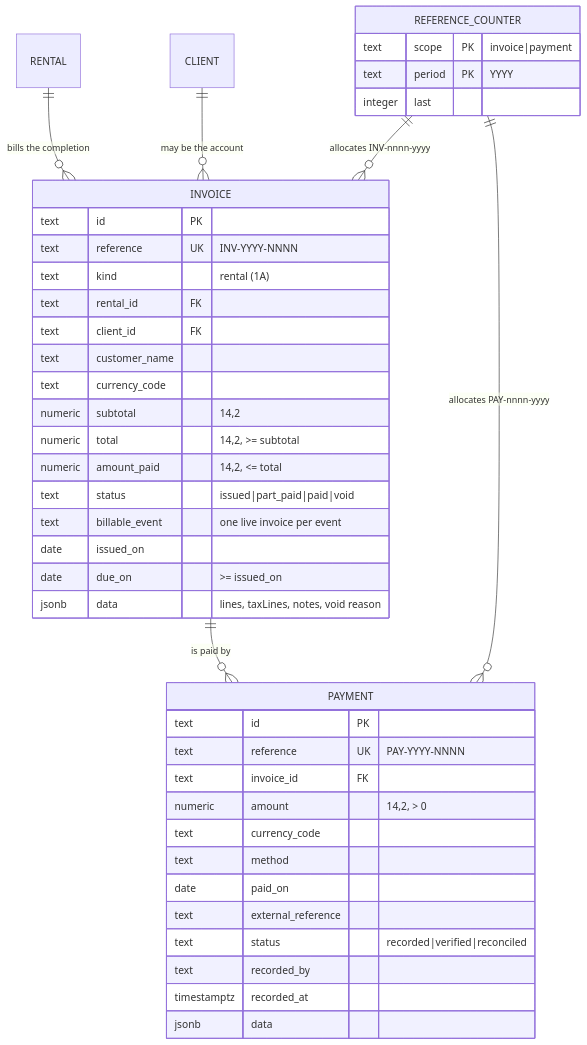
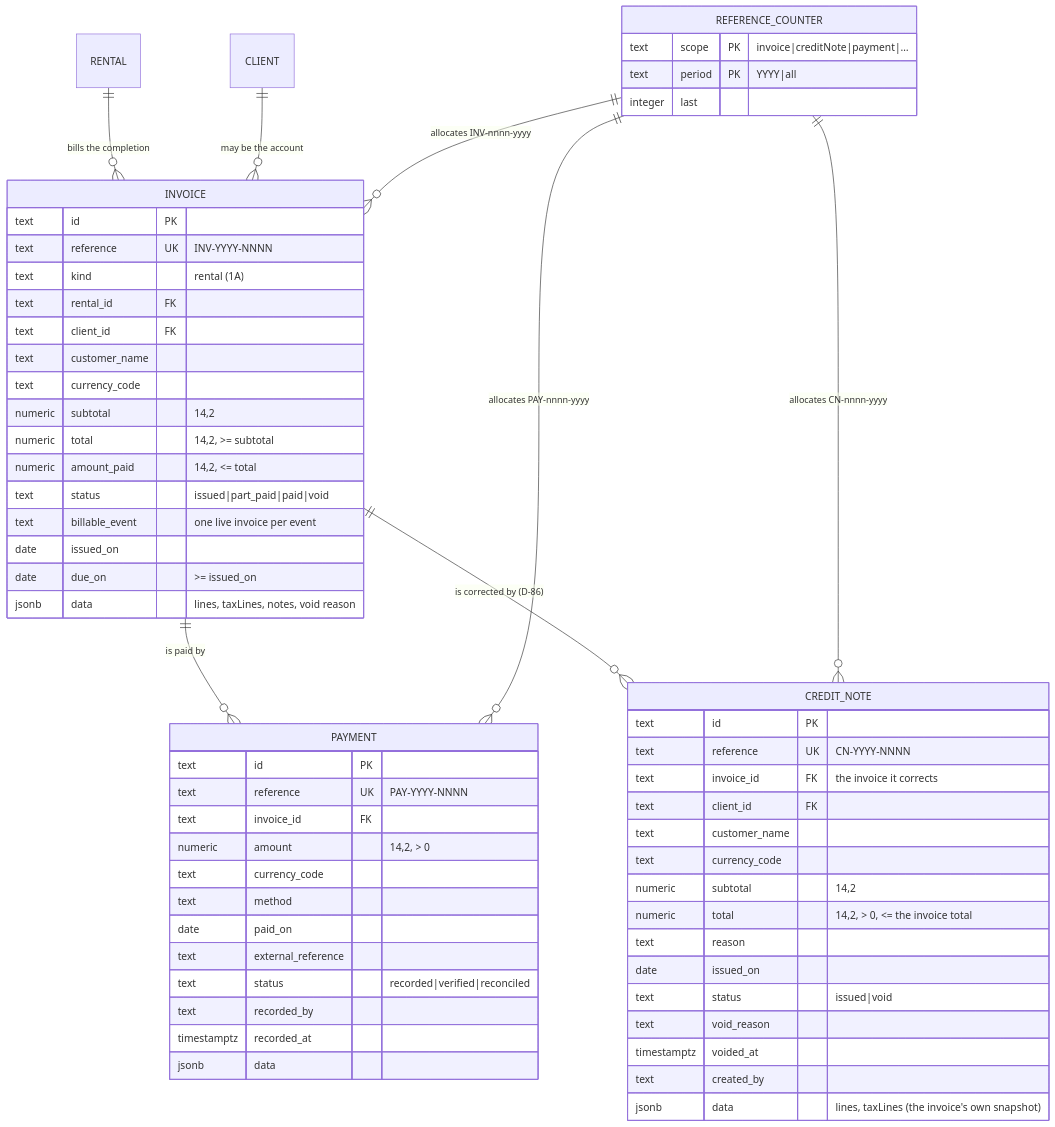
Before and after one commit to iwani1/Richie-RTS-: the fifth of 5 diagrams in docs/ERD.md, drawn with Mermaid. The commit also changed other lines of this file and 35 other files, not shown here.

````diff
--- a/docs/ERD.md
+++ b/docs/ERD.md
@@ -344,47 +344,67 @@
 ```mermaid
 erDiagram
   RENTAL ||--o{ INVOICE : "bills the completion"
   CLIENT ||--o{ INVOICE : "may be the account"
   INVOICE ||--o{ PAYMENT : "is paid by"
+  INVOICE ||--o{ CREDIT_NOTE : "is corrected by (D-86)"
   REFERENCE_COUNTER ||--o{ INVOICE : "allocates INV-nnnn-yyyy"
   REFERENCE_COUNTER ||--o{ PAYMENT : "allocates PAY-nnnn-yyyy"
+  REFERENCE_COUNTER ||--o{ CREDIT_NOTE : "allocates CN-nnnn-yyyy"
 
   INVOICE {
     text id PK
     text reference UK "INV-YYYY-NNNN"
     text kind "rental (1A)"
     text rental_id FK
     text client_id FK
     text customer_name
     text currency_code
     numeric subtotal "14,2"
     numeric total "14,2, >= subtotal"
     numeric amount_paid "14,2, <= total"
     text status "issued|part_paid|paid|void"
     text billable_event "one live invoice per event"
     date issued_on
     date due_on ">= issued_on"
     jsonb data "lines, taxLines, notes, void reason"
   }
 
   PAYMENT {
     text id PK
     text reference UK "PAY-YYYY-NNNN"
     text invoice_id FK
     numeric amount "14,2, > 0"
     text currency_code
     text method
     date paid_on
     text external_reference
     text status "recorded|verified|reconciled"
     text recorded_by
     timestamptz recorded_at
     jsonb data
   }
 
+  CREDIT_NOTE {
+    text id PK
+    text reference UK "CN-YYYY-NNNN"
+    text invoice_id FK "the invoice it corrects"
+    text client_id FK
+    text customer_name
+    text currency_code
+    numeric subtotal "14,2"
+    numeric total "14,2, > 0, <= the invoice total"
+    text reason
+    date issued_on
+    text status "issued|void"
+    text void_reason
+    timestamptz voided_at
+    text created_by
+    jsonb data "lines, taxLines (the invoice's own snapshot)"
+  }
+
   REFERENCE_COUNTER {
-    text scope PK "invoice|payment"
-    text period PK "YYYY"
+    text scope PK "invoice|creditNote|payment|…"
+    text period PK "YYYY|all"
     integer last
   }
 ```
````
